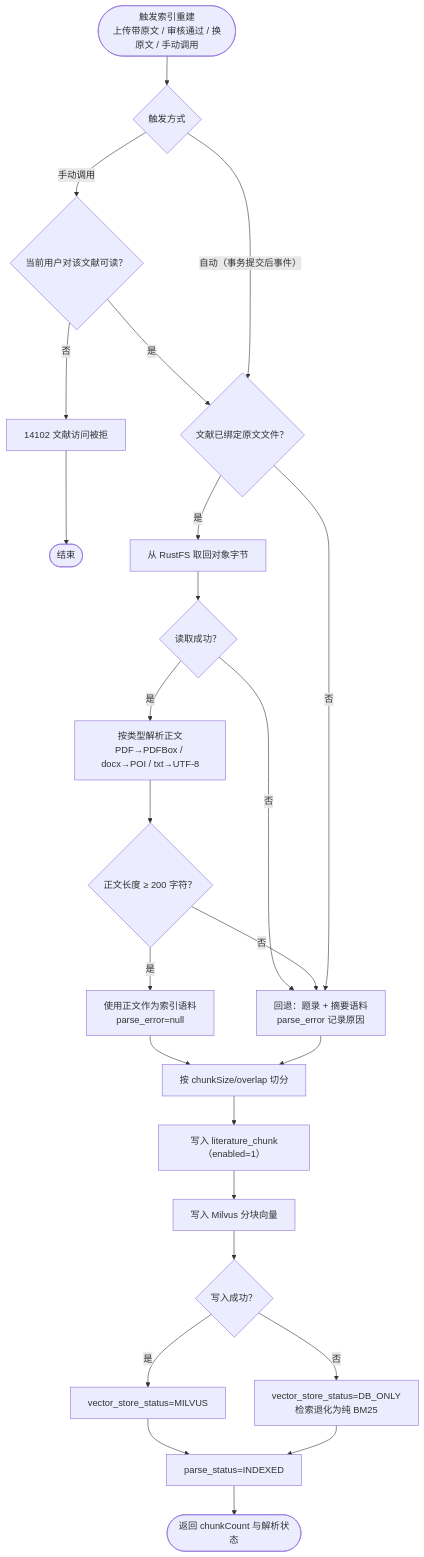
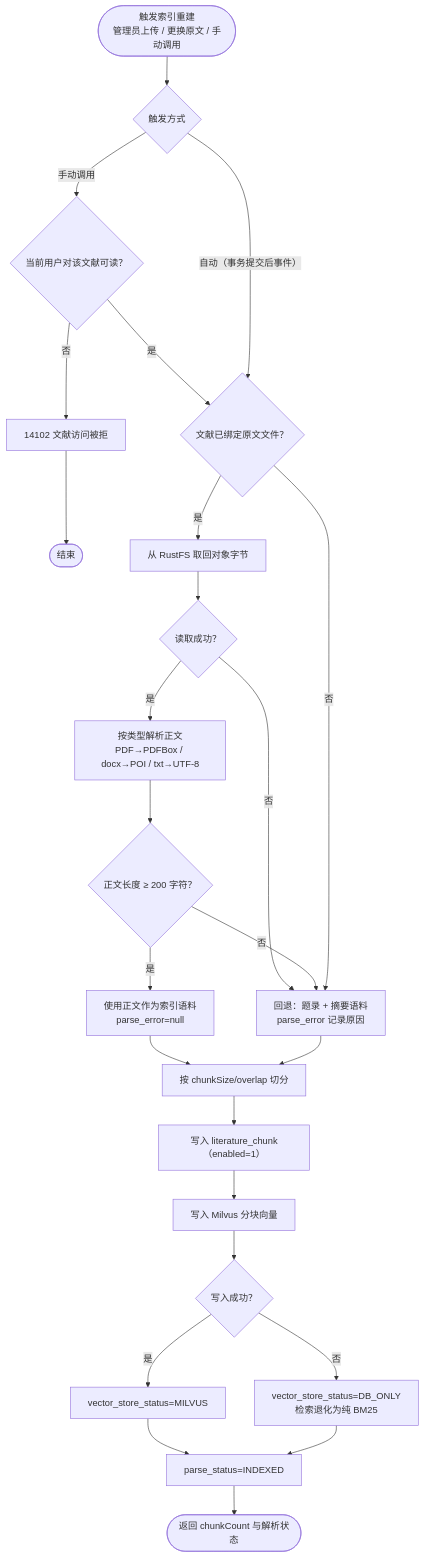
Before and after one commit to MaouXY/ScholarMind: diagram 12 of 13 in doc/AI图书馆文献检索与阅读助手-05-设计图表.md, drawn with Mermaid. The commit also changed other lines of this file and 50 other files, not shown here.

````diff
--- a/doc/AI图书馆文献检索与阅读助手-05-设计图表.md
+++ b/doc/AI图书馆文献检索与阅读助手-05-设计图表.md
@@ -576,26 +588,26 @@
 ```mermaid
 flowchart TD
-    START([触发索引重建<br/>上传带原文 / 审核通过 / 换原文 / 手动调用]) --> MODE{"触发方式"}
+    START([触发索引重建<br/>管理员上传 / 更换原文 / 手动调用]) --> MODE{"触发方式"}
     MODE -- 手动调用 --> AUTH{"当前用户对该文献可读？"}
     AUTH -- 否 --> DENY["14102 文献访问被拒"] --> END1([结束])
     AUTH -- 是 --> HASFILE{"文献已绑定原文文件？"}
     MODE -- 自动（事务提交后事件） --> HASFILE
     HASFILE -- 是 --> FETCH["从 RustFS 取回对象字节"]
     FETCH --> FETCHOK{"读取成功？"}
     FETCHOK -- 否 --> FALLBACK
     FETCHOK -- 是 --> EXTRACT["按类型解析正文<br/>PDF→PDFBox / docx→POI / txt→UTF-8"]
     EXTRACT --> ENOUGH{"正文长度 ≥ 200 字符？"}
     ENOUGH -- 是 --> USEFILE["使用正文作为索引语料<br/>parse_error=null"]
     ENOUGH -- 否 --> FALLBACK["回退：题录 + 摘要语料<br/>parse_error 记录原因"]
     HASFILE -- 否 --> FALLBACK
     USEFILE --> SPLIT
     FALLBACK --> SPLIT["按 chunkSize/overlap 切分"]
     SPLIT --> PERSIST["写入 literature_chunk（enabled=1）"]
     PERSIST --> VECTOR["写入 Milvus 分块向量"]
     VECTOR --> VOK{"写入成功？"}
     VOK -- 是 --> MARK["vector_store_status=MILVUS"]
     VOK -- 否 --> MARK2["vector_store_status=DB_ONLY<br/>检索退化为纯 BM25"]
     MARK --> DONE["parse_status=INDEXED"]
     MARK2 --> DONE
     DONE --> END2([返回 chunkCount 与解析状态])
 ```
````
